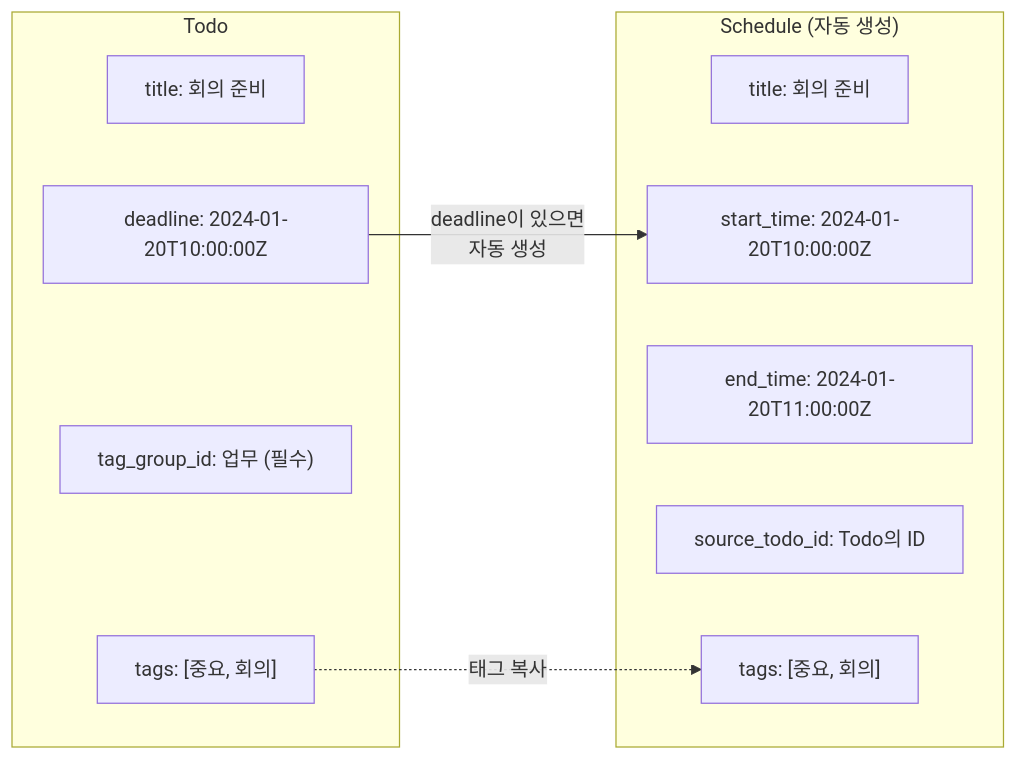
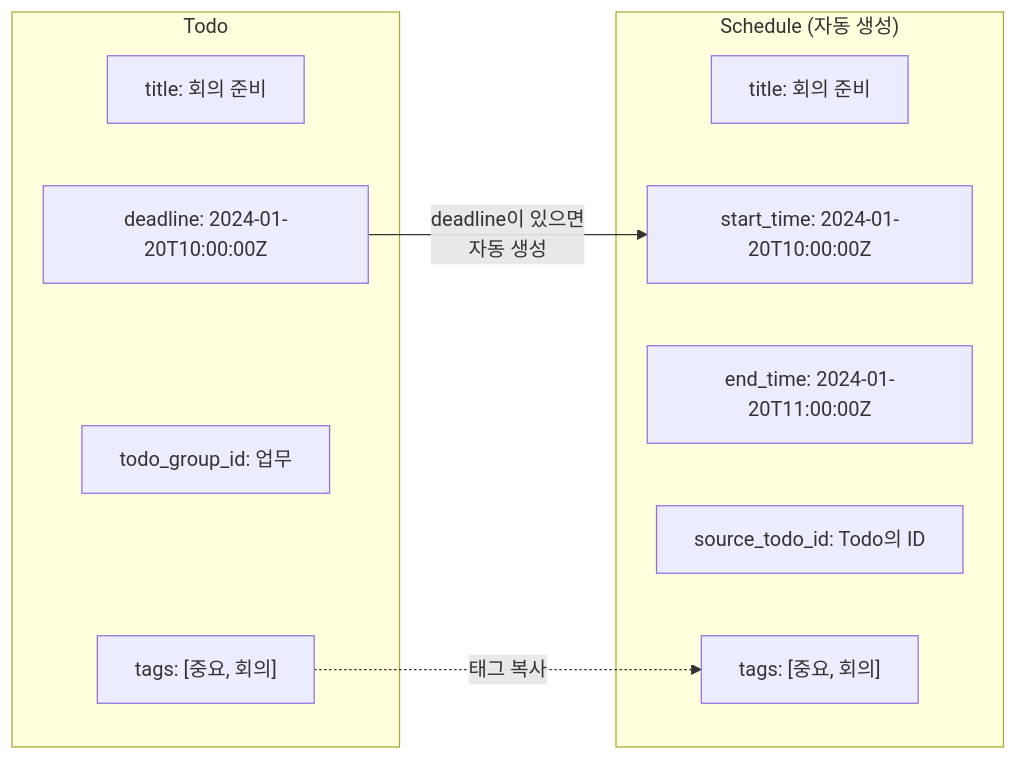
Before and after one commit to onprem-hipster-timer/backend: the diagram in docs/guides/todo.ko.md, drawn with Mermaid. The commit also changed other lines of this file and 10 other files, not shown here.

````diff
--- a/docs/guides/todo.ko.md
+++ b/docs/guides/todo.ko.md
@@ -20,20 +21,20 @@
 ```mermaid
 flowchart LR
     subgraph Todo
         T1["title: 회의 준비"]
         T2["deadline: 2024-01-20T10:00:00Z"]
-        T3["tag_group_id: 업무 (필수)"]
+        T3["todo_group_id: 업무"]
         T4["tags: [중요, 회의]"]
     end
 
     subgraph Schedule["Schedule (자동 생성)"]
         S1["title: 회의 준비"]
         S2["start_time: 2024-01-20T10:00:00Z"]
         S3["end_time: 2024-01-20T11:00:00Z"]
         S4["source_todo_id: Todo의 ID"]
         S5["tags: [중요, 회의]"]
     end
 
     T2 -->|"deadline이 있으면<br/>자동 생성"| S2
     T4 -.->|"태그 복사"| S5
 ```
````
